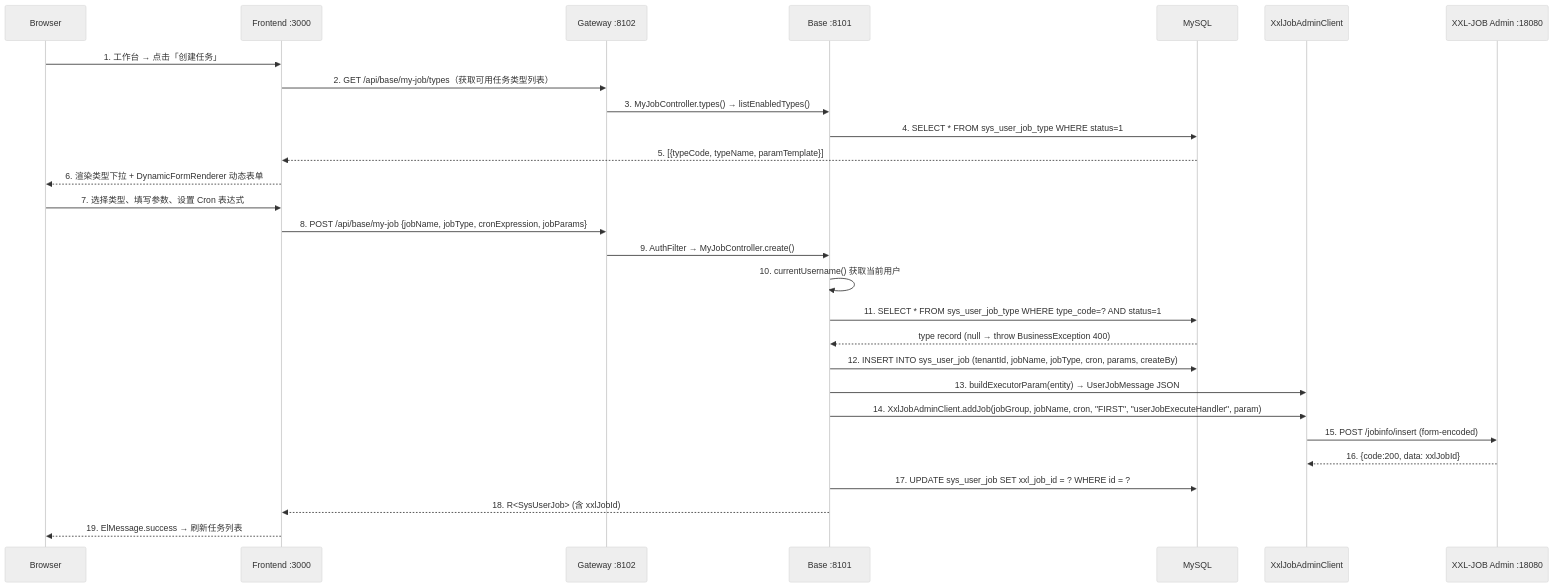
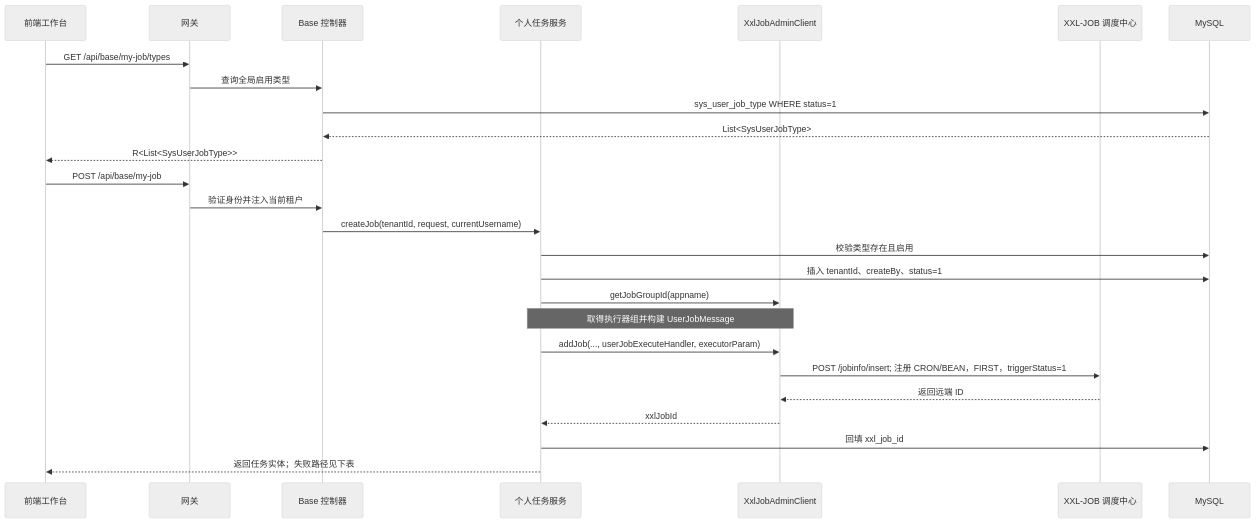
Diagram 12 of 21 in docs/core-flows.md (wang-baohai/Omni-Stack), drawn with Mermaid (neutral theme) before and after one commit. The commit also changed other lines of this file and 1095 other files, not shown here.

````diff
--- a/docs/core-flows.md
+++ b/docs/core-flows.md
@@ -1315,32 +1047,28 @@
 ```mermaid
 sequenceDiagram
-    participant B as Browser
-    participant F as Frontend :3000
-    participant G as Gateway :8102
-    participant Base as Base :8101
-    participant M as MySQL
+    participant F as 前端工作台
+    participant G as 网关
+    participant C as Base 控制器
+    participant S as 个人任务服务
     participant X as XxlJobAdminClient
-    participant XA as XXL-JOB Admin :18080
-
-    B->>F: 1. 工作台 → 点击「创建任务」
-    F->>G: 2. GET /api/base/my-job/types（获取可用任务类型列表）
-    G->>Base: 3. MyJobController.types() → listEnabledTypes()
-    Base->>M: 4. SELECT * FROM sys_user_job_type WHERE status=1
-    M-->>F: 5. [{typeCode, typeName, paramTemplate}]
-    F-->>B: 6. 渲染类型下拉 + DynamicFormRenderer 动态表单
-
-    B->>F: 7. 选择类型、填写参数、设置 Cron 表达式
-    F->>G: 8. POST /api/base/my-job {jobName, jobType, cronExpression, jobParams}
-    G->>Base: 9. AuthFilter → MyJobController.create()
-    Base->>Base: 10. currentUsername() 获取当前用户
-    Base->>M: 11. SELECT * FROM sys_user_job_type WHERE type_code=? AND status=1
-    M-->>Base: type record (null → throw BusinessException 400)
-    Base->>M: 12. INSERT INTO sys_user_job (tenantId, jobName, jobType, cron, params, createBy)
-    Base->>X: 13. buildExecutorParam(entity) → UserJobMessage JSON
-    Base->>X: 14. XxlJobAdminClient.addJob(jobGroup, jobName, cron, "FIRST", "userJobExecuteHandler", param)
-    X->>XA: 15. POST /jobinfo/insert (form-encoded)
-    XA-->>X: 16. {code:200, data: xxlJobId}
-    Base->>M: 17. UPDATE sys_user_job SET xxl_job_id = ? WHERE id = ?
-    Base-->>F: 18. R<SysUserJob> (含 xxlJobId)
-    F-->>B: 19. ElMessage.success → 刷新任务列表
+    participant A as XXL-JOB 调度中心
+    participant D as MySQL
+    F->>G: GET /api/base/my-job/types
+    G->>C: 查询全局启用类型
+    C->>D: sys_user_job_type WHERE status=1
+    D-->>C: List<SysUserJobType>
+    C-->>F: R<List<SysUserJobType>>
+    F->>G: POST /api/base/my-job
+    G->>C: 验证身份并注入当前租户
+    C->>S: createJob(tenantId, request, currentUsername)
+    S->>D: 校验类型存在且启用
+    S->>D: 插入 tenantId、createBy、status=1
+    S->>X: getJobGroupId(appname)
+    Note over S,X: 取得执行器组并构建 UserJobMessage
+    S->>X: addJob(..., userJobExecuteHandler, executorParam)
+    X->>A: POST /jobinfo/insert#59; 注册 CRON/BEAN，FIRST，triggerStatus=1
+    A-->>X: 返回远端 ID
+    X-->>S: xxlJobId
+    S->>D: 回填 xxl_job_id
+    S-->>F: 返回任务实体；失败路径见下表
 ```
````
